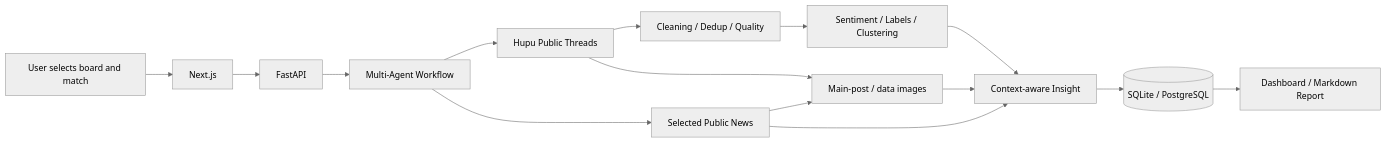
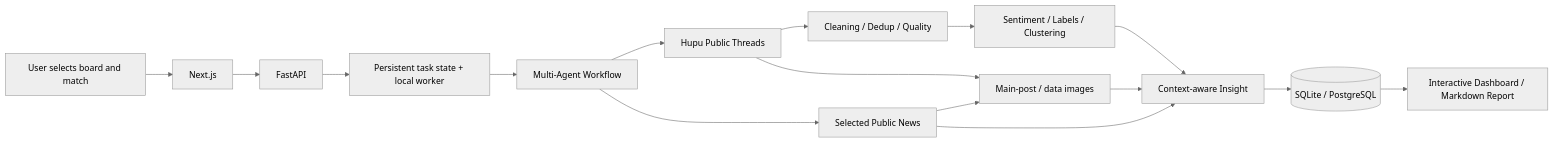
Before and after one commit to onlykillerf/comment-insight-agent: the first of 2 diagrams in README.md, drawn with Mermaid (neutral theme). The commit also changed other lines of this file and 55 other files, not shown here.

````diff
--- a/README.md
+++ b/README.md
@@ -61,17 +66,18 @@
 ```mermaid
 flowchart LR
   User[User selects board and match] --> UI[Next.js]
   UI --> API[FastAPI]
-  API --> Flow[Multi-Agent Workflow]
+  API --> Queue[Persistent task state + local worker]
+  Queue --> Flow[Multi-Agent Workflow]
   Flow --> Hupu[Hupu Public Threads]
   Flow --> News[Selected Public News]
   Hupu --> Quality[Cleaning / Dedup / Quality]
   Hupu --> Vision[Main-post / data images]
   News --> Vision
   Vision --> Insight
   Quality --> Analysis[Sentiment / Labels / Clustering]
   News --> Insight[Context-aware Insight]
   Analysis --> Insight
   Insight --> DB[(SQLite / PostgreSQL)]
-  DB --> Report[Dashboard / Markdown Report]
+  DB --> Report[Interactive Dashboard / Markdown Report]
 ```
````
